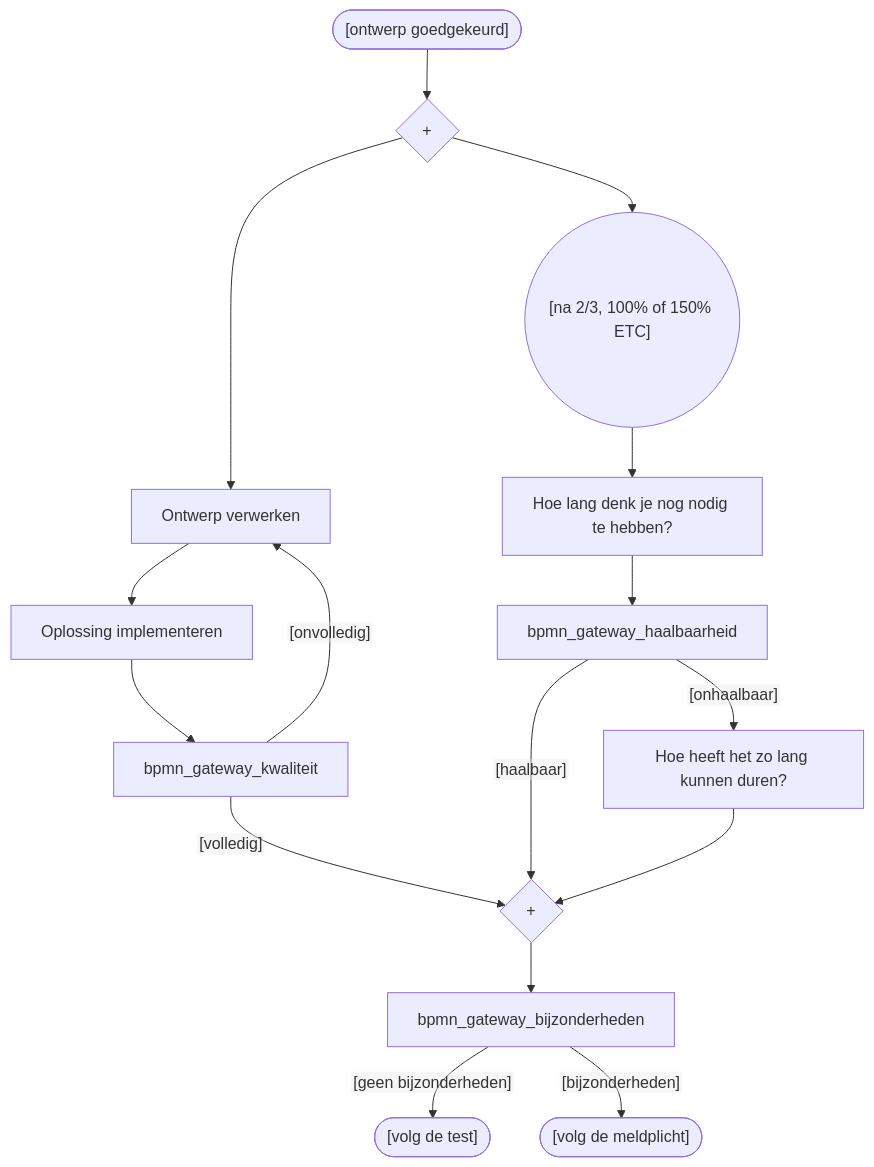
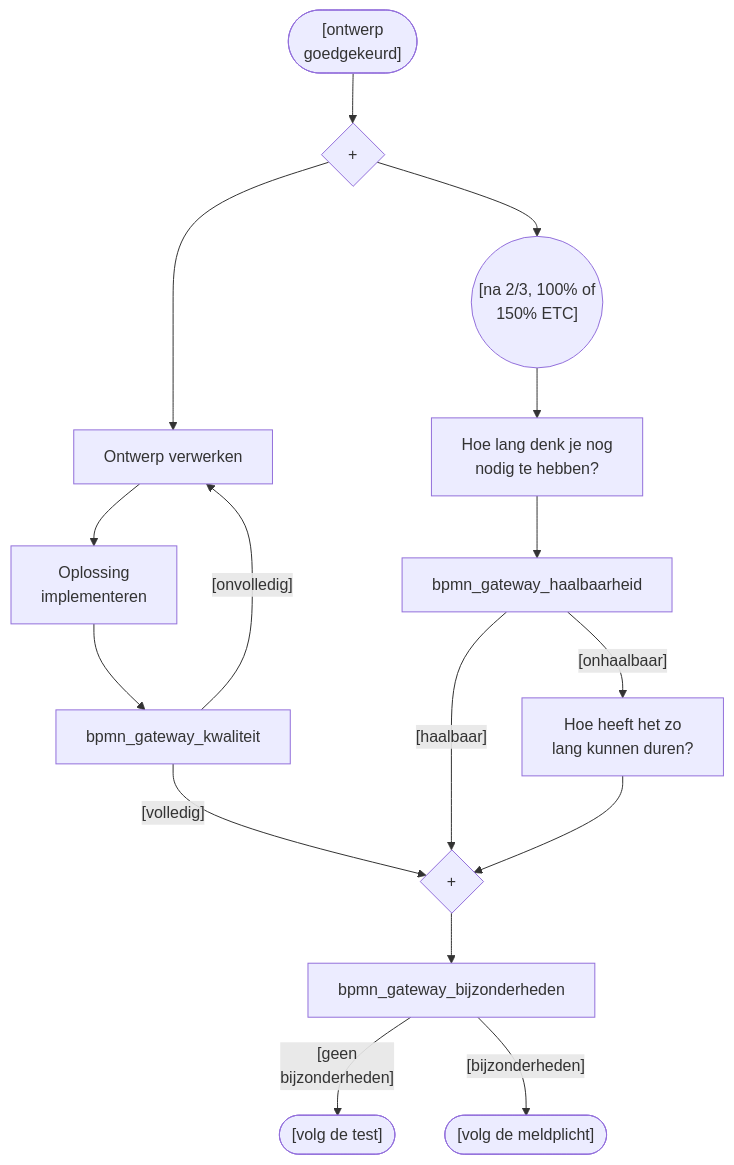
Before and after one commit to Zaibatsu89/IssueTracker: the diagram in 7 Issue Tracker implementatie.mermaid, drawn with Mermaid. The commit also changed 14 other files, not shown here.

```diff
--- a/7 Issue Tracker implementatie.mermaid
+++ b/7 Issue Tracker implementatie.mermaid
@@ -1,27 +1,27 @@
-%%{init: {'theme': 'default', 'themeVariables': {'fontFamily': 'sans-serif'}, 'flowchart': {'htmlLabels': false}}}%%
+%%{init: {'theme': 'default', 'themeVariables': {'fontFamily': 'sans-serif'}, 'flowchart': {'htmlLabels': true}}}%%
 flowchart TD
-    bpmn_start_event(["[ontwerp goedgekeurd]"])
+    bpmn_start_event(["[ontwerp<br>goedgekeurd]"])
     bpmn_gateway_fork{"+"}
     bpmn_task_intake["Ontwerp verwerken"]
-    bpmn_task_oplossing["Oplossing implementeren"]
-    bpmn_event_etc(("[na 2/3, 100% of 150% ETC]"))
-    bpmn_task_inschatting["Hoe lang denk je nog nodig te hebben?"]
-    bpmn_task_verantwoording["Hoe heeft het zo lang kunnen duren?"]
+    bpmn_task_oplossing["Oplossing<br>implementeren"]
+    bpmn_event_etc(("[na 2/3, 100% of<br>150% ETC]"))
+    bpmn_task_inschatting["Hoe lang denk je nog<br>nodig te hebben?"]
+    bpmn_task_verantwoording["Hoe heeft het zo<br>lang kunnen duren?"]
     bpmn_gateway_join{"+"}
     bpmn_end_regulier(["[volg de test]"])
     bpmn_end_bijzonderheden(["[volg de meldplicht]"])
     bpmn_gateway_kwaliteit -->|"[onvolledig]"| bpmn_task_intake
     bpmn_gateway_kwaliteit -->|"[volledig]"| bpmn_gateway_join
     bpmn_gateway_haalbaarheid -->|"[haalbaar]"| bpmn_gateway_join
     bpmn_gateway_haalbaarheid -->|"[onhaalbaar]"| bpmn_task_verantwoording
-    bpmn_gateway_bijzonderheden -->|"[geen bijzonderheden]"| bpmn_end_regulier
+    bpmn_gateway_bijzonderheden -->|"[geen<br>bijzonderheden]"| bpmn_end_regulier
     bpmn_gateway_bijzonderheden -->|"[bijzonderheden]"| bpmn_end_bijzonderheden
     bpmn_start_event --> bpmn_gateway_fork
     bpmn_gateway_fork --> bpmn_task_intake
     bpmn_gateway_fork --> bpmn_event_etc
     bpmn_task_intake --> bpmn_task_oplossing
     bpmn_task_oplossing --> bpmn_gateway_kwaliteit
     bpmn_event_etc --> bpmn_task_inschatting
     bpmn_task_inschatting --> bpmn_gateway_haalbaarheid
     bpmn_task_verantwoording --> bpmn_gateway_join
     bpmn_gateway_join --> bpmn_gateway_bijzonderheden
```
